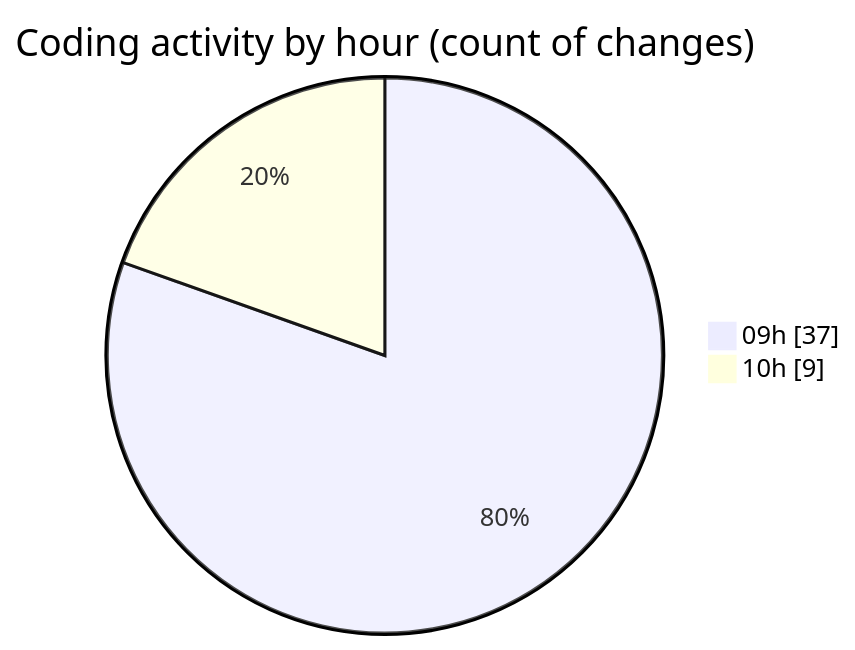
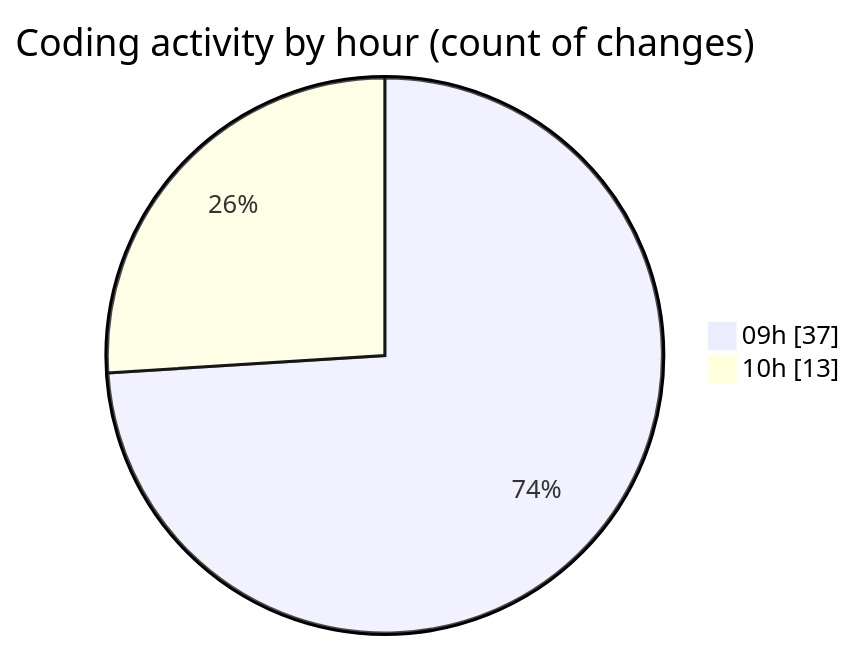
Before and after one commit to momahboobian/code-tracking: the second of 2 diagrams in 2025-11-14/cda/README.md, drawn with Mermaid. The commit also changed other lines of this file and 1 other file, not shown here.

````diff
--- a/2025-11-14/cda/README.md
+++ b/2025-11-14/cda/README.md
@@ -50,6 +51,6 @@
 ```mermaid
 pie showData
 title Coding activity by hour (count of changes)
 "09h" : 37
-"10h" : 9
+"10h" : 13
 ```
````
